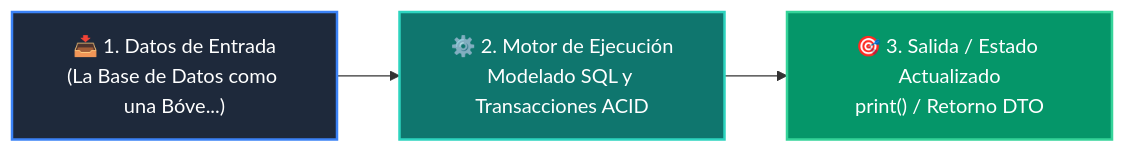
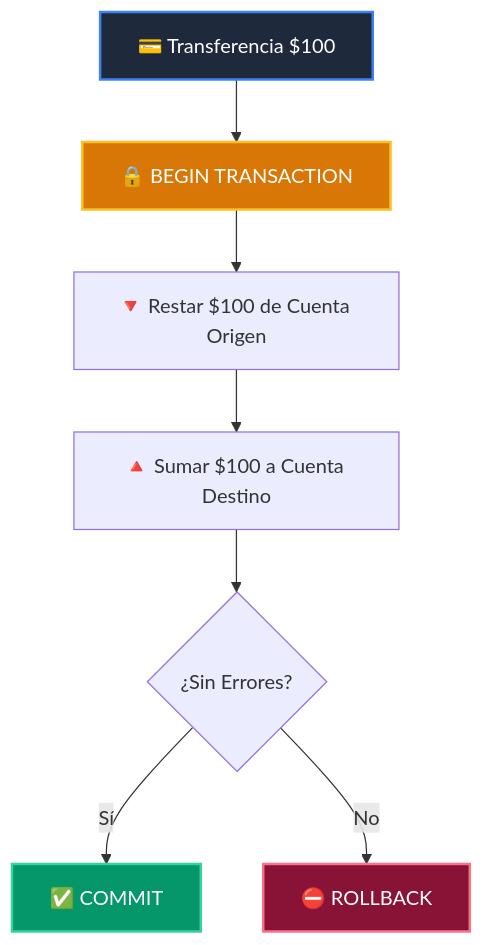
Before and after one commit to wisrovi/wisrovi-python: the diagram in docs/curso-04/clase-03.md, drawn with Mermaid. The commit also changed other lines of this file and 52 other files, not shown here.

````diff
--- a/docs/curso-04/clase-03.md
+++ b/docs/curso-04/clase-03.md
@@ -38,9 +37,13 @@
 ```mermaid
-flowchart LR
-    IN["📥 1. Datos de Entrada<br/>(La Base de Datos como una Bóve...)"] --> ENG["⚙️ 2. Motor de Ejecución<br/>Modelado SQL y Transacciones ACID"]
-    ENG --> OUT["🎯 3. Salida / Estado Actualizado<br/>print() / Retorno DTO"]
-
-    style IN fill:#1e293b,color:#ffffff,stroke:#3b82f6,stroke-width:2px
-    style ENG fill:#0f766e,color:#ffffff,stroke:#2dd4bf,stroke-width:2px
-    style OUT fill:#059669,color:#ffffff,stroke:#34d399,stroke-width:2px
+flowchart TD
+    A["💳 Transferencia $100"] --> B["🔒 BEGIN TRANSACTION"]
+    B --> C["🔻 Restar $100 de Cuenta Origen"]
+    C --> D["🔺 Sumar $100 a Cuenta Destino"]
+    D --> E{"¿Sin Errores?"}
+    E -->|Sí| F["✅ COMMIT"]
+    E -->|No| G["⛔ ROLLBACK"]
+    style A fill:#1e293b,color:#ffffff,stroke:#3b82f6,stroke-width:2px
+    style B fill:#d97706,color:#ffffff,stroke:#fbbf24,stroke-width:2px
+    style F fill:#059669,color:#ffffff,stroke:#34d399,stroke-width:2px
+    style G fill:#881337,color:#ffffff,stroke:#fb7185,stroke-width:2px
 ```
````
